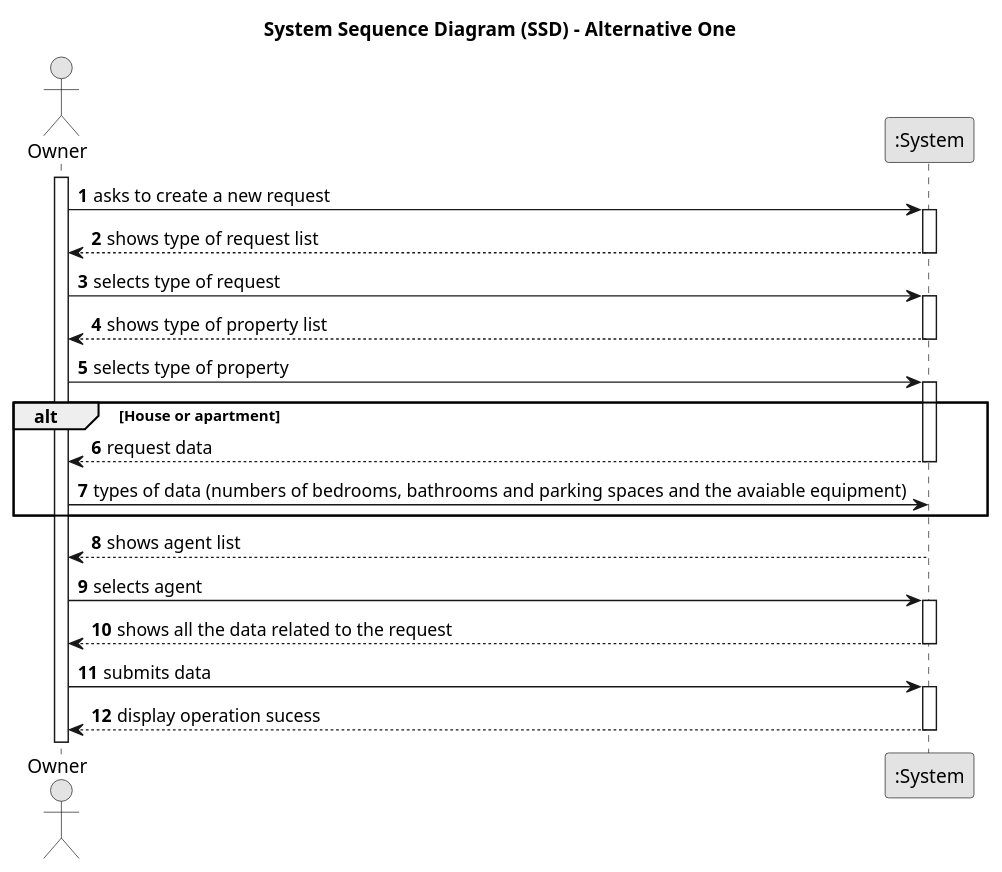
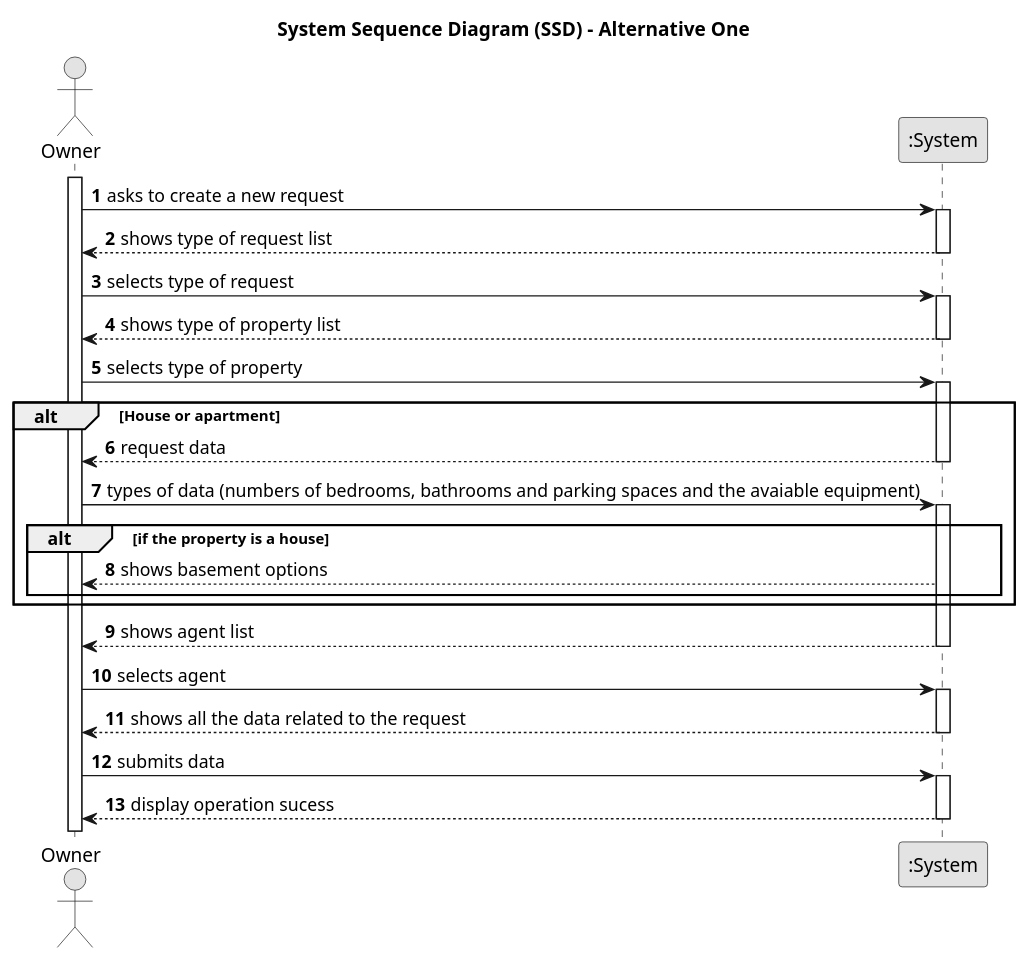
One commit to Rodrick0209/ISEP-LAPR2-22-23 changed the diagram in docs/sprintA/us004/01.requirements-engineering/puml/us004-system-sequence-diagram-alternative-one.puml. Above: the diagram before and after it, drawn with PlantUML.

Commit message:
ssd file us 004

```diff
--- a/docs/sprintA/us004/01.requirements-engineering/puml/us004-system-sequence-diagram-alternative-one.puml
+++ b/docs/sprintA/us004/01.requirements-engineering/puml/us004-system-sequence-diagram-alternative-one.puml
@@ -1,61 +1,67 @@
 @startuml
 skinparam monochrome true
 skinparam packageStyle rectangle
 skinparam shadowing false
 
 title System Sequence Diagram (SSD) - Alternative One
 
 autonumber
 
 actor "Owner" as Employee
 participant ":System" as System
 
 activate Employee
 
     Employee -> System : asks to create a new request
     activate System
 
         System --> Employee : shows type of request list
     deactivate System
 
     Employee -> System : selects type of request
     activate System
 
         System --> Employee : shows type of property list
 
     deactivate System
 
     Employee -> System : selects type of property
 
 alt House or apartment
     activate System
 
         System --> Employee : request data
     deactivate System
 
 
     Employee -> System : types of data (numbers of bedrooms, bathrooms and parking spaces and the avaiable equipment)
 
+alt if the property is a house
+    activate System
+
+        System --> Employee : shows basement options
 end
+end
+
 
      activate System
 
         System --> Employee : shows agent list
     deactivate System
 
     Employee -> System :  selects agent
 
      activate System
 
         System --> Employee : shows all the data related to the request
      deactivate System
 
      Employee -> System : submits data
 
      activate System
 
             System --> Employee : display operation sucess
      deactivate System
 
 
 @enduml
```
